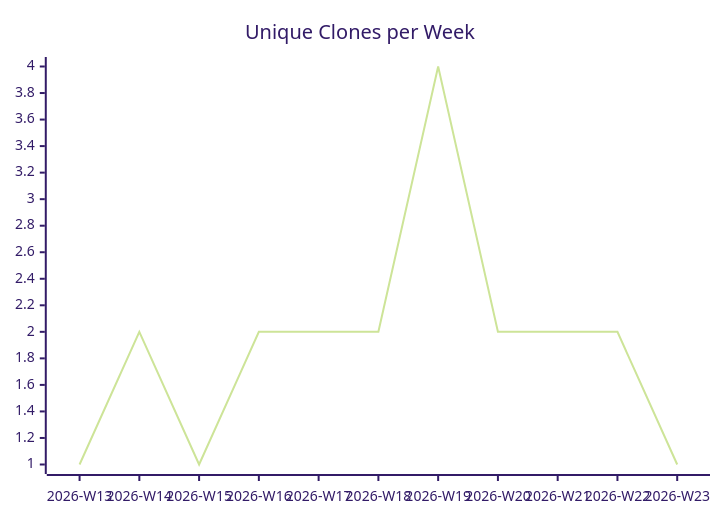
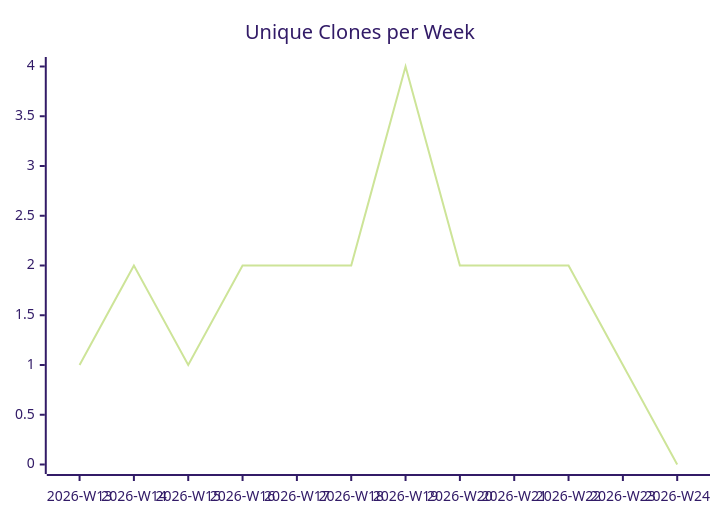
One commit to justdavis-family/github-analytics-data changed the third of 3 diagrams in karlmdavis/sample-maven-and-rcp/README.md. Above: the diagram before and after it, drawn with Mermaid (forest theme). The commit also changed other lines of this file and 189 other files, not shown here.

````diff
--- a/karlmdavis/sample-maven-and-rcp/README.md
+++ b/karlmdavis/sample-maven-and-rcp/README.md
@@ -19,6 +19,6 @@
 ```mermaid
 xychart-beta
   title "Unique Clones per Week"
-  x-axis ["2026-W13", "2026-W14", "2026-W15", "2026-W16", "2026-W17", "2026-W18", "2026-W19", "2026-W20", "2026-W21", "2026-W22", "2026-W23"]
-  line [1, 2, 1, 2, 2, 2, 4, 2, 2, 2, 1]
+  x-axis ["2026-W13", "2026-W14", "2026-W15", "2026-W16", "2026-W17", "2026-W18", "2026-W19", "2026-W20", "2026-W21", "2026-W22", "2026-W23", "2026-W24"]
+  line [1, 2, 1, 2, 2, 2, 4, 2, 2, 2, 1, 0]
 ```
````
